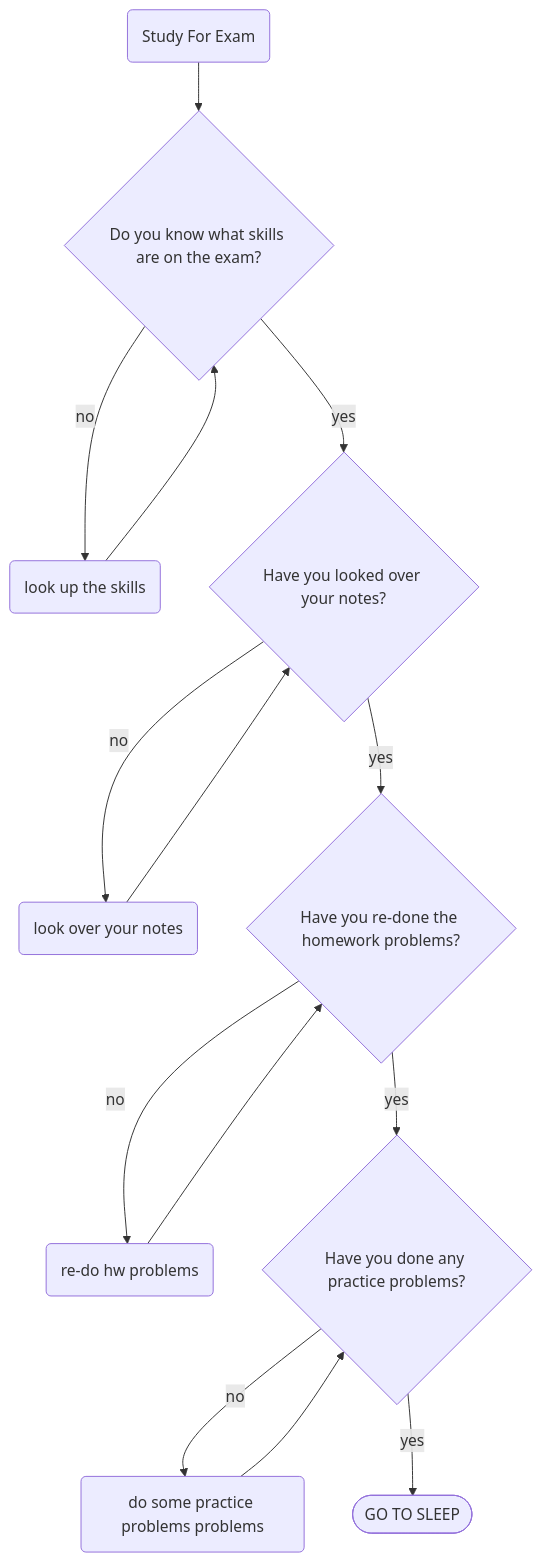
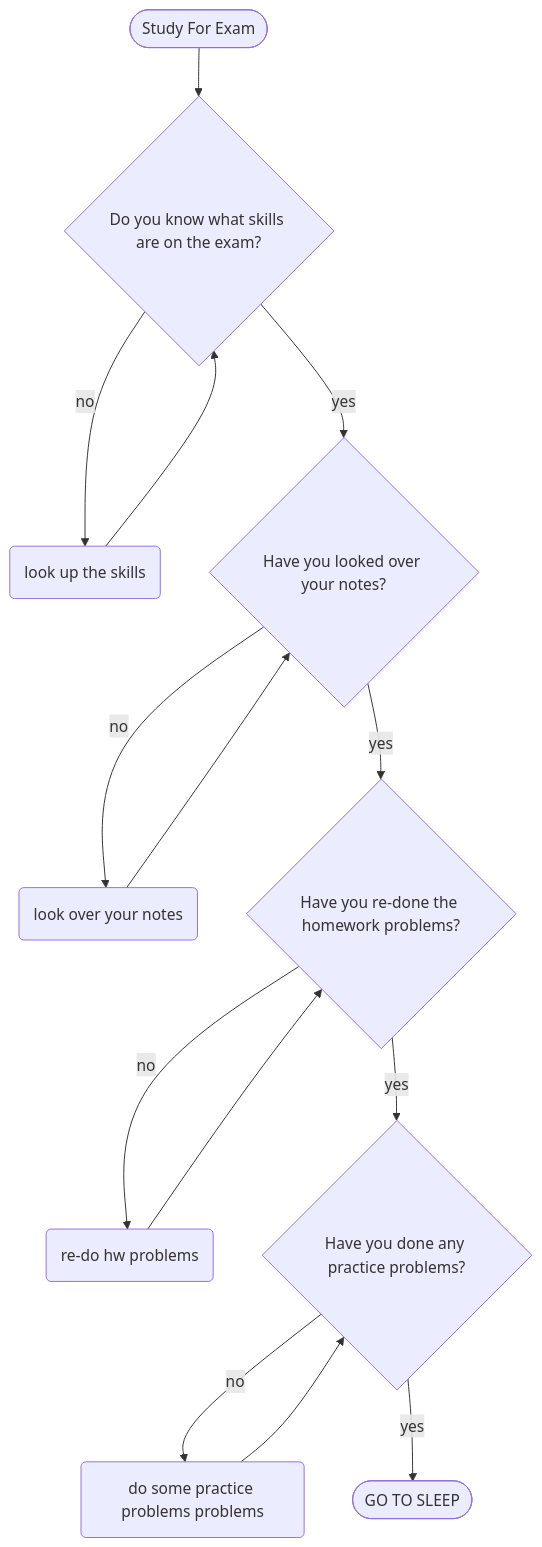
The first of 3 diagrams in flowcharts/work09.md (mks21-dw/thesource), drawn with Mermaid before and after one commit. The commit also changed other lines of this file and 1 other file, not shown here.

Commit message:
+flowcharts

````diff
--- a/flowcharts/work09.md
+++ b/flowcharts/work09.md
@@ -2,20 +2,20 @@
 ```mermaid
 flowchart TD;
-    id0(Study For Exam) --> id1{Do you know what skills are on the exam?};
+    id0([Study For Exam]) --> id1{Do you know what skills are on the exam?};
     id1 -- no --> id2(look up the skills);
     id2 --> id1;
 
     id1 -- yes --> id3{Have you looked over your notes?};
     id3 -- no --> id4(look over your notes);
     id4 --> id3;
 
     id3 -- yes --> id5{Have you re-done the homework problems?};
     id5 -- no --> id6(re-do hw problems);
     id6 --> id5;
 
     id5 -- yes --> id7{Have you done any practice problems?};
     id7 -- no --> id8(do some practice problems problems);
     id8 --> id7;
 
     id7 -- yes --> id9([GO TO SLEEP]);
 ```
````
